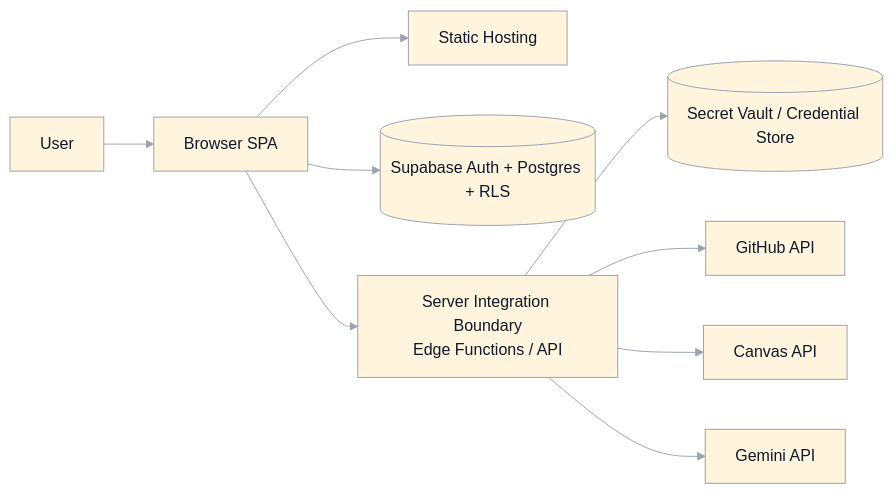
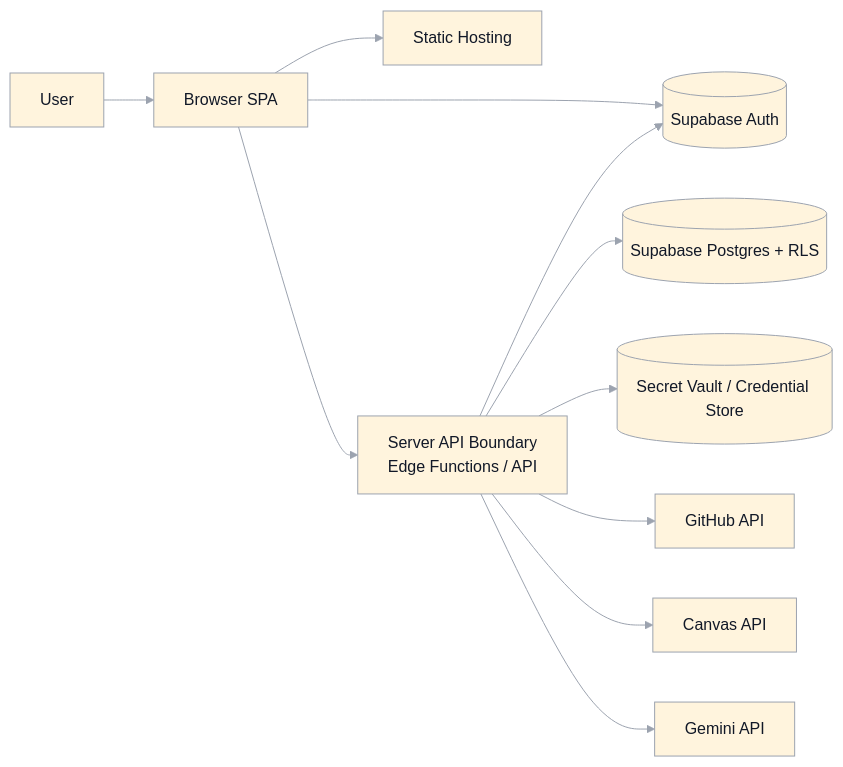
Before and after one commit to leesjensen/masteryls: the first of 5 diagrams in specification/architecture-system.md, drawn with Mermaid. The commit also changed other lines of this file and 9 other files, not shown here.

Commit message:
spec: formalize API contracts and server boundary

````diff
--- a/specification/architecture-system.md
+++ b/specification/architecture-system.md
@@ -32,12 +62,14 @@
 ```mermaid
 %%{init: {"theme": "base", "themeVariables": {"background": "#ffffff", "lineColor": "#9ca3af", "primaryBorderColor": "#9ca3af", "secondaryBorderColor": "#9ca3af", "tertiaryBorderColor": "#9ca3af", "clusterBorder": "#9ca3af", "edgeLabelBackground": "#ffffff", "primaryTextColor": "#111827"}}}%%
 flowchart LR
   U[User] --> B[Browser SPA]
   B --> H[Static Hosting]
-  B --> S[(Supabase Auth + Postgres + RLS)]
-  B --> F[Server Integration Boundary<br/>Edge Functions / API]
+  B --> AUTH[(Supabase Auth)]
+  B --> F[Server API Boundary<br/>Edge Functions / API]
+  F --> DB[(Supabase Postgres + RLS)]
+  F --> AUTH
   F --> V[(Secret Vault / Credential Store)]
   F --> G[GitHub API]
   F --> C[Canvas API]
   F --> A[Gemini API]
 ```
````
